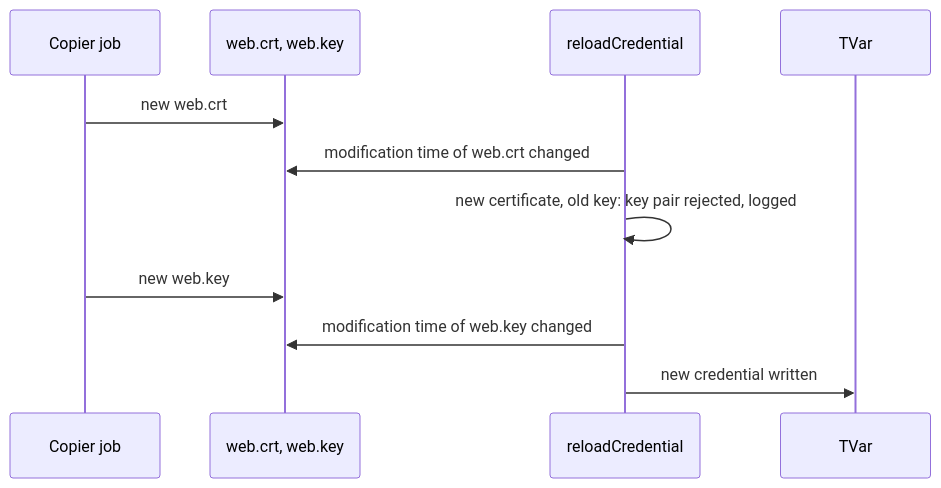
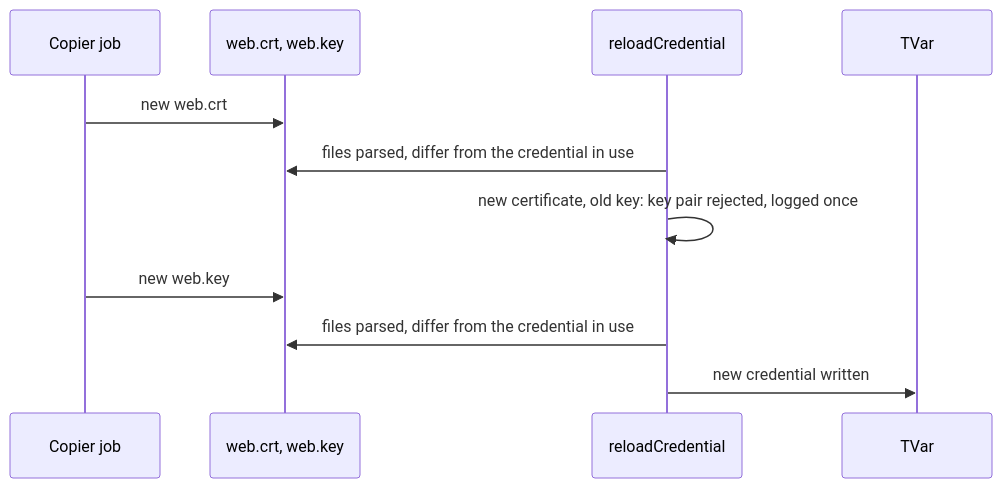
Before and after one commit to simplex-chat/simplexmq: the second of 2 diagrams in plans/2026-11-17-reload-web-certificates.md, drawn with Mermaid. The commit also changed other lines of this file, not shown here.

Commit message:
servers: update the plan of web certificate reloading

````diff
--- a/plans/2026-11-17-reload-web-certificates.md
+++ b/plans/2026-11-17-reload-web-certificates.md
@@ -54,13 +55,13 @@
 ```mermaid
 sequenceDiagram
     participant J as Copier job
     participant F as web.crt, web.key
     participant R as reloadCredential
     participant V as TVar
     J->>F: new web.crt
-    R->>F: modification time of web.crt changed
-    R->>R: new certificate, old key: key pair rejected, logged
+    R->>F: files parsed, differ from the credential in use
+    R->>R: new certificate, old key: key pair rejected, logged once
     J->>F: new web.key
-    R->>F: modification time of web.key changed
+    R->>F: files parsed, differ from the credential in use
     R->>V: new credential written
 ```
````
